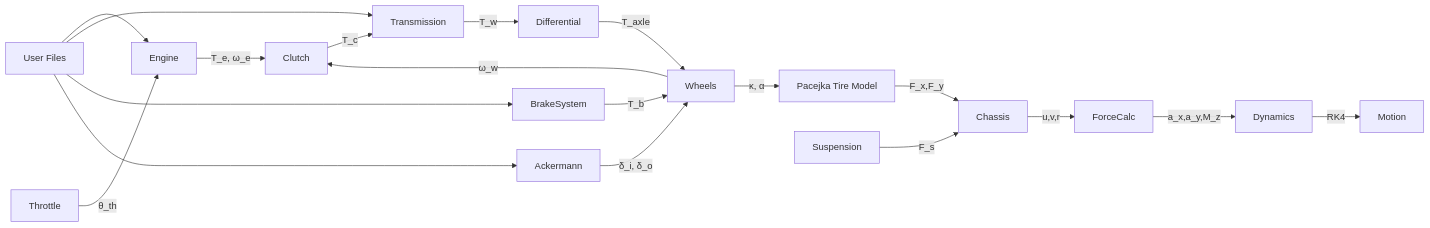
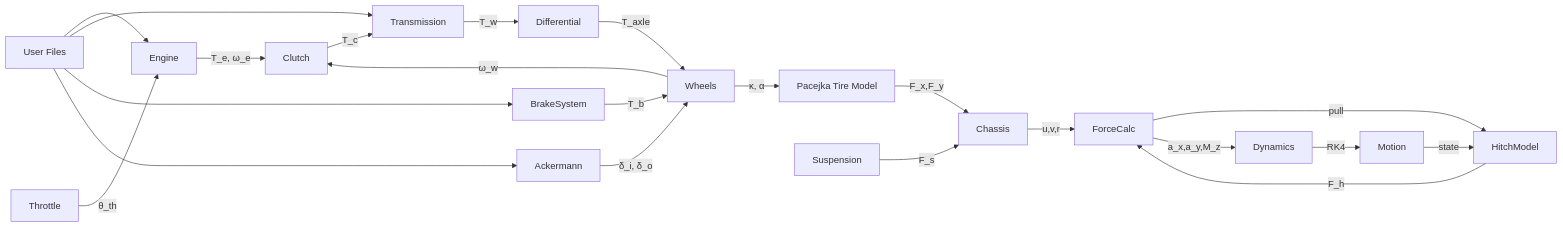
The first of 27 diagrams in README.md (MelkorBalrog/VDSS---Vehicle-Dynamics-Safety-Simulator), drawn with Mermaid before and after one commit. The commit also changed other lines of this file, not shown here.

Commit message:
docs: illustrate hitch in architecture diagrams

````diff
--- a/README.md
+++ b/README.md
@@ -117,22 +117,25 @@
 ```mermaid
 flowchart LR
   ConfigFiles["User Files"]
   Throttle -->|"θ_th"| Engine
   ConfigFiles --> Engine
   ConfigFiles --> Transmission
   ConfigFiles --> BrakeSystem
   ConfigFiles --> Ackermann
   Engine -->|"T_e, ω_e"| Clutch
   Wheels -->|"ω_w"| Clutch
   Clutch -->|"T_c"| Transmission
   Transmission -->|"T_w"| Differential
   Differential -->|"T_axle"| Wheels
   BrakeSystem -->|"T_b"| Wheels
   Ackermann -->|"δ_i, δ_o"| Wheels
   Wheels -->|"κ, α"| Pacejka[Pacejka Tire Model]
   Pacejka -->|"F_x,F_y"| Chassis
   Suspension -->|"F_s"| Chassis
   Chassis -->|"u,v,r"| ForceCalc
+  Motion -->|"state"| HitchModel
+  ForceCalc -->|"pull"| HitchModel
+  HitchModel -->|"F_h"| ForceCalc
   ForceCalc -->|"a_x,a_y,M_z"| Dynamics
   Dynamics -->|"RK4"| Motion
 ```
````
